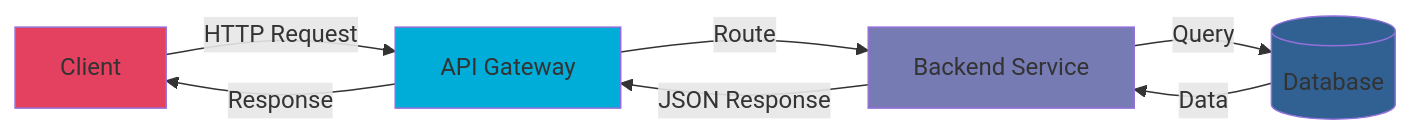
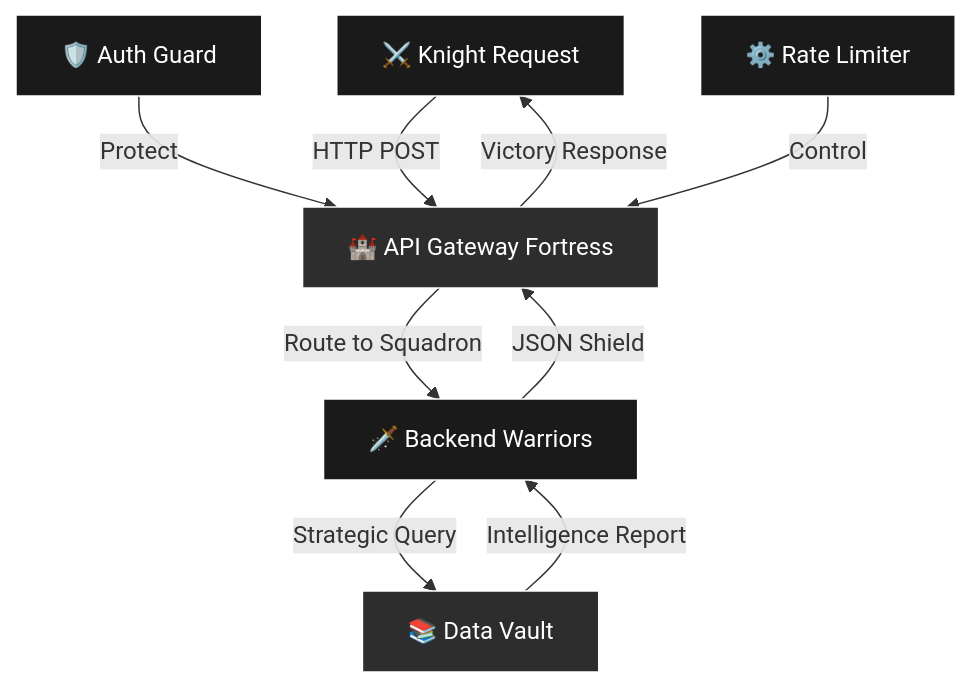
One commit to nepskuy/nepskuy changed the diagram in README.md. Above: the diagram before and after it, drawn with Mermaid. The commit also changed other lines of this file, not shown here.

````diff
--- a/README.md
+++ b/README.md
@@ -117,14 +168,19 @@
 ```mermaid
-graph LR
-    A[Client] -->|HTTP Request| B[API Gateway]
-    B -->|Route| C[Backend Service]
-    C -->|Query| D[(Database)]
-    D -->|Data| C
-    C -->|JSON Response| B
-    B -->|Response| A
+graph TB
+    A[⚔️ Knight Request] -->|HTTP POST| B[🏰 API Gateway Fortress]
+    B -->|Route to Squadron| C[🗡️ Backend Warriors]
+    C -->|Strategic Query| D[📚 Data Vault]
+    D -->|Intelligence Report| C
+    C -->|JSON Shield| B
+    B -->|Victory Response| A
     
-    style A fill:#E4405F
-    style B fill:#00ADD8
-    style C fill:#777BB4
-    style D fill:#316192
+    E[🛡️ Auth Guard] -->|Protect| B
+    F[⚙️ Rate Limiter] -->|Control| B
+    
+    style A fill:#1a1a1a,stroke:#fff,color:#fff
+    style B fill:#2d2d2d,stroke:#fff,color:#fff
+    style C fill:#1a1a1a,stroke:#fff,color:#fff
+    style D fill:#2d2d2d,stroke:#fff,color:#fff
+    style E fill:#1a1a1a,stroke:#fff,color:#fff
+    style F fill:#1a1a1a,stroke:#fff,color:#fff
 ```
````
